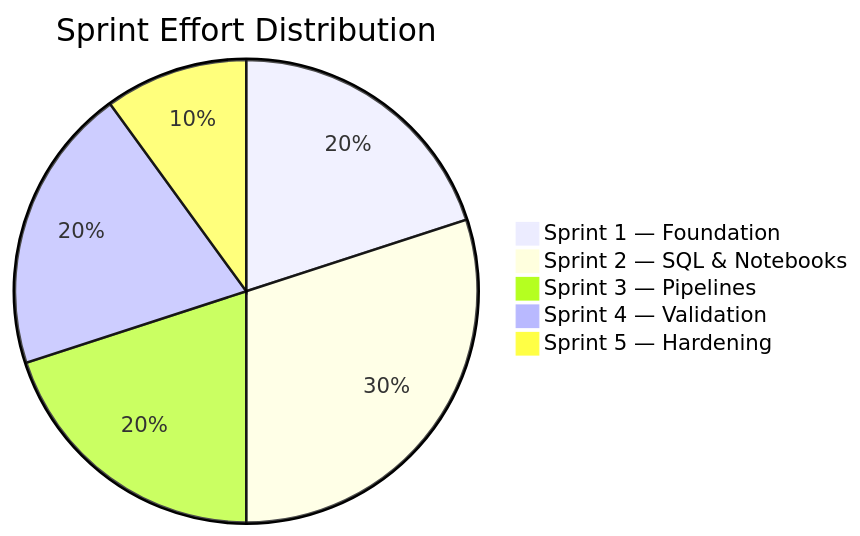
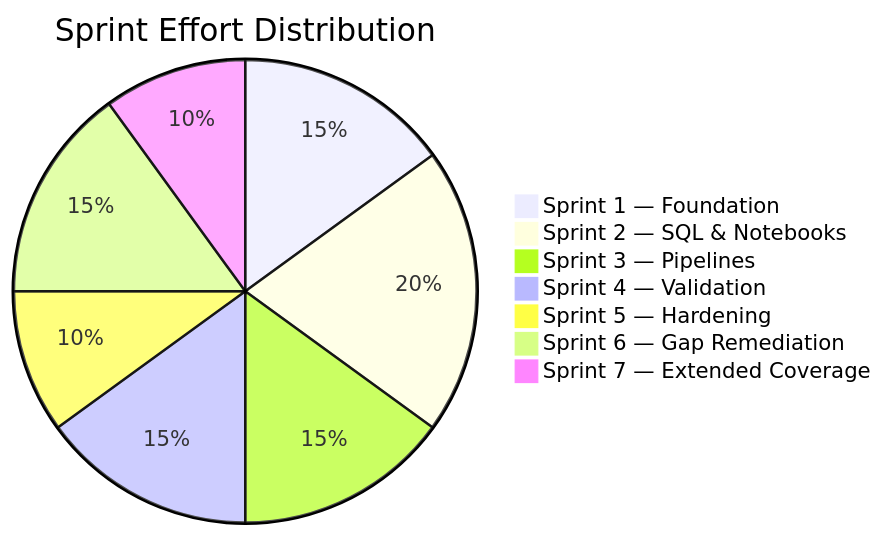
Before and after one commit to cyphou/InformaticaToFabric: the eighth of 8 diagrams in DEVELOPMENT_PLAN.md, drawn with Mermaid. The commit also changed other lines of this file and 13 other files, not shown here.

First line of the commit message:
Sprint 6+7: Gap remediation  Mapplets, IICS, SQL Server, analytics, test data

````diff
--- a/DEVELOPMENT_PLAN.md
+++ b/DEVELOPMENT_PLAN.md
@@ -469,8 +516,10 @@
 ```mermaid
 pie title Sprint Effort Distribution
-    "Sprint 1 — Foundation" : 20
-    "Sprint 2 — SQL & Notebooks" : 30
-    "Sprint 3 — Pipelines" : 20
-    "Sprint 4 — Validation" : 20
+    "Sprint 1 — Foundation" : 15
+    "Sprint 2 — SQL & Notebooks" : 20
+    "Sprint 3 — Pipelines" : 15
+    "Sprint 4 — Validation" : 15
     "Sprint 5 — Hardening" : 10
+    "Sprint 6 — Gap Remediation" : 15
+    "Sprint 7 — Extended Coverage" : 10
 ```
````
